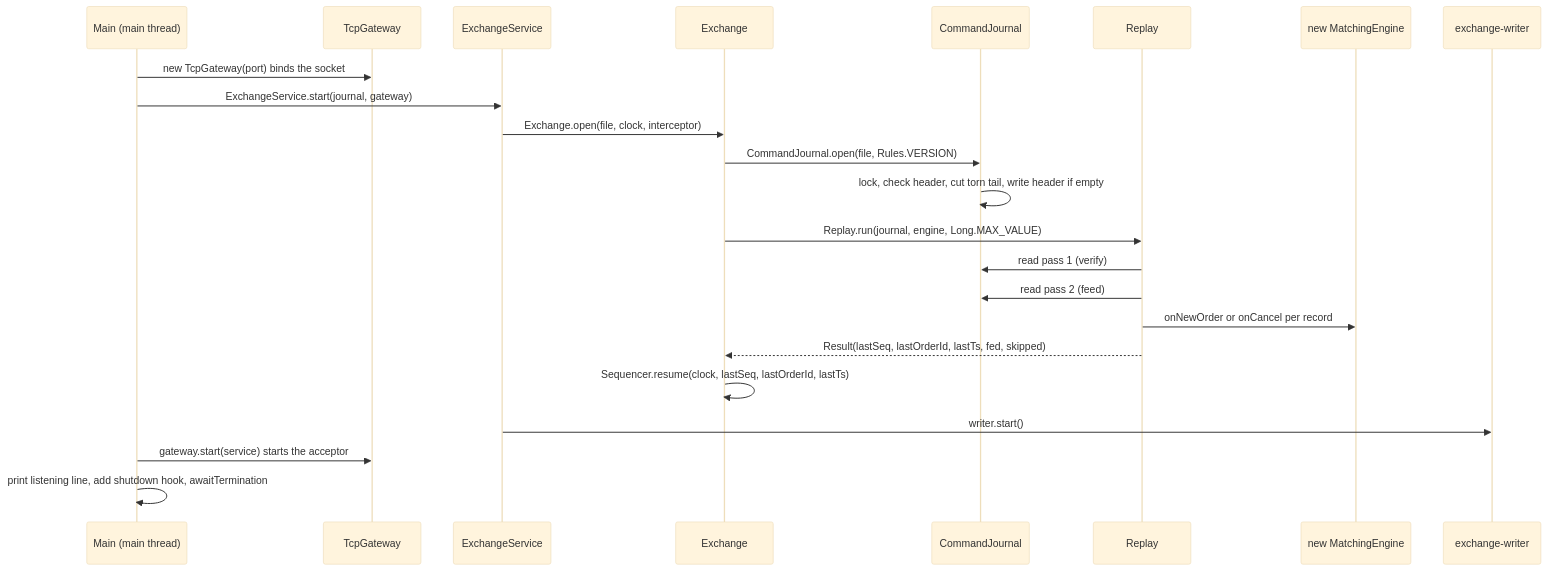
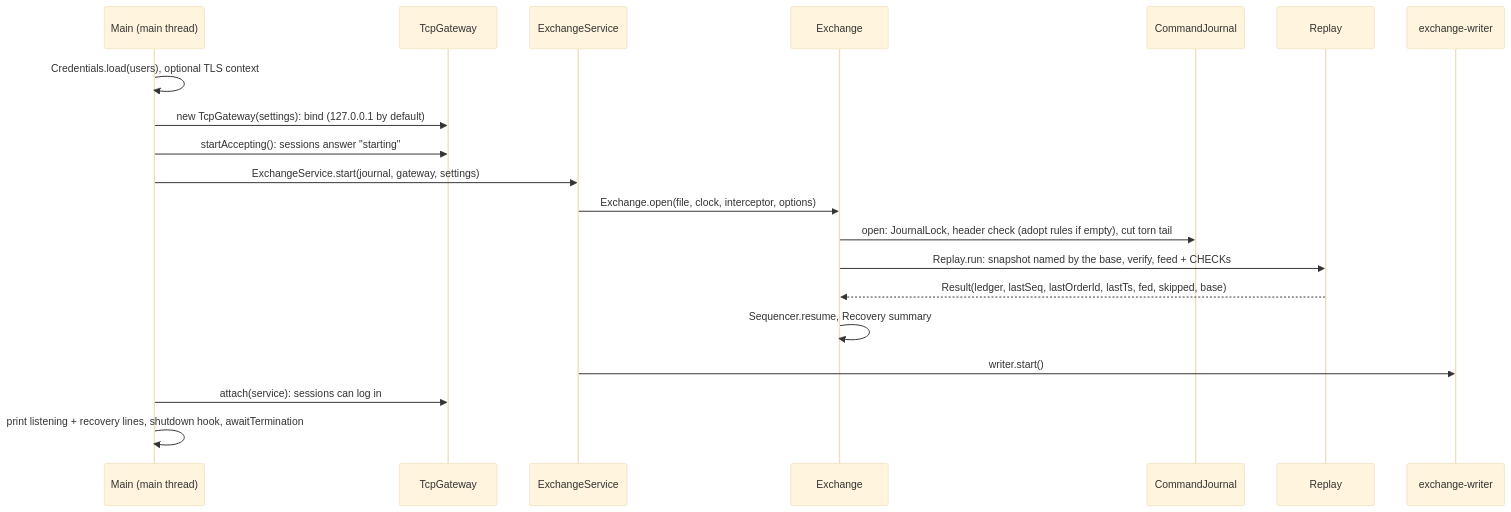
One commit to SampannaNampalli/ExchangeSystem changed the first of 3 diagrams in docs/understanding/05b-core-flows-lifecycle.md. Above: the diagram before and after it, drawn with Mermaid (base theme). The commit also changed other lines of this file and 30 other files, not shown here.

````diff
--- a/docs/understanding/05b-core-flows-lifecycle.md
+++ b/docs/understanding/05b-core-flows-lifecycle.md
@@ -38,25 +27,22 @@
 ```mermaid
 sequenceDiagram
     participant M as Main (main thread)
     participant G as TcpGateway
     participant S as ExchangeService
     participant X as Exchange
     participant J as CommandJournal
     participant R as Replay
-    participant E as new MatchingEngine
     participant W as exchange-writer
-    M->>G: new TcpGateway(port) binds the socket
-    M->>S: ExchangeService.start(journal, gateway)
-    S->>X: Exchange.open(file, clock, interceptor)
-    X->>J: CommandJournal.open(file, Rules.VERSION)
-    J->>J: lock, check header, cut torn tail, write header if empty
-    X->>R: Replay.run(journal, engine, Long.MAX_VALUE)
-    R->>J: read pass 1 (verify)
-    R->>J: read pass 2 (feed)
-    R->>E: onNewOrder or onCancel per record
-    R-->>X: Result(lastSeq, lastOrderId, lastTs, fed, skipped)
-    X->>X: Sequencer.resume(clock, lastSeq, lastOrderId, lastTs)
+    M->>M: Credentials.load(users), optional TLS context
+    M->>G: new TcpGateway(settings): bind (127.0.0.1 by default)
+    M->>G: startAccepting(): sessions answer "starting"
+    M->>S: ExchangeService.start(journal, gateway, settings)
+    S->>X: Exchange.open(file, clock, interceptor, options)
+    X->>J: open: JournalLock, header check (adopt rules if empty), cut torn tail
+    X->>R: Replay.run: snapshot named by the base, verify, feed + CHECKs
+    R-->>X: Result(ledger, lastSeq, lastOrderId, lastTs, fed, skipped, base)
+    X->>X: Sequencer.resume, Recovery summary
     S->>W: writer.start()
-    M->>G: gateway.start(service) starts the acceptor
-    M->>M: print listening line, add shutdown hook, awaitTermination
+    M->>G: attach(service): sessions can log in
+    M->>M: print listening + recovery lines, shutdown hook, awaitTermination
 ```
````
